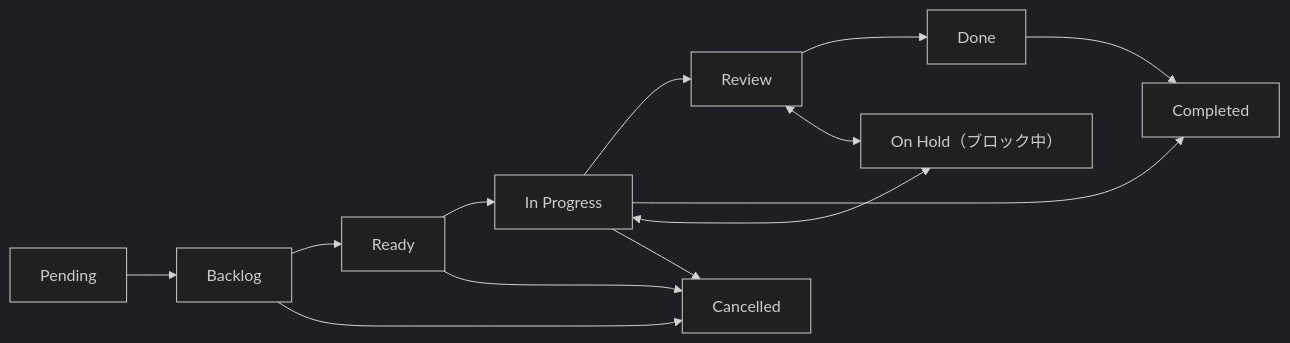
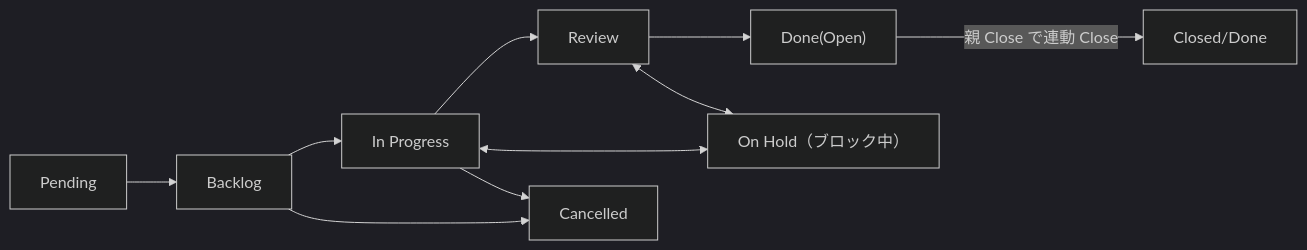
One commit to ShirokumaLibrary/shirokuma-plugins changed the diagram in shirokuma-skills-ja/rules/github/project-items.md. Above: the diagram before and after it, drawn with Mermaid (dark theme). The commit also changed other lines of this file and 19 other files, not shown here.

````diff
--- a/shirokuma-skills-ja/rules/github/project-items.md
+++ b/shirokuma-skills-ja/rules/github/project-items.md
@@ -20,12 +20,11 @@
 ```mermaid
 graph LR
-  Pending2[Pending] --> Backlog --> Ready --> InProgress[In Progress]
-  InProgress --> Review --> Done
-  InProgress --> Completed
+  Pending2[Pending] --> Backlog --> InProgress[In Progress]
+  InProgress --> Review --> DoneOpen["Done(Open)"]
   InProgress <--> OnHold["On Hold（ブロック中）"]
   Review <--> OnHold
   Backlog --> Cancelled
-  Ready --> Cancelled
   InProgress --> Cancelled
-  Done --> Completed
+  Closed[Closed/Done]
+  DoneOpen -->|親 Close で連動 Close| Closed
 ```
````
